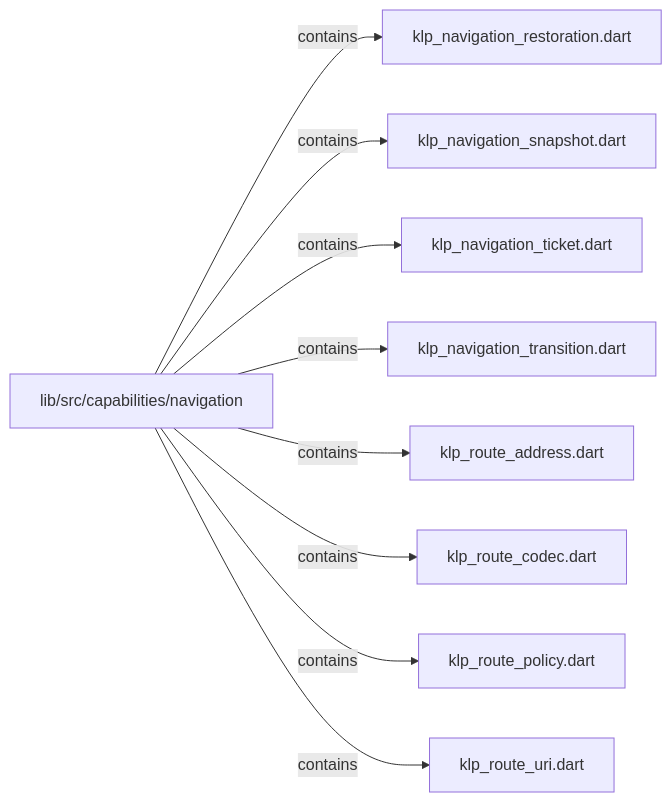
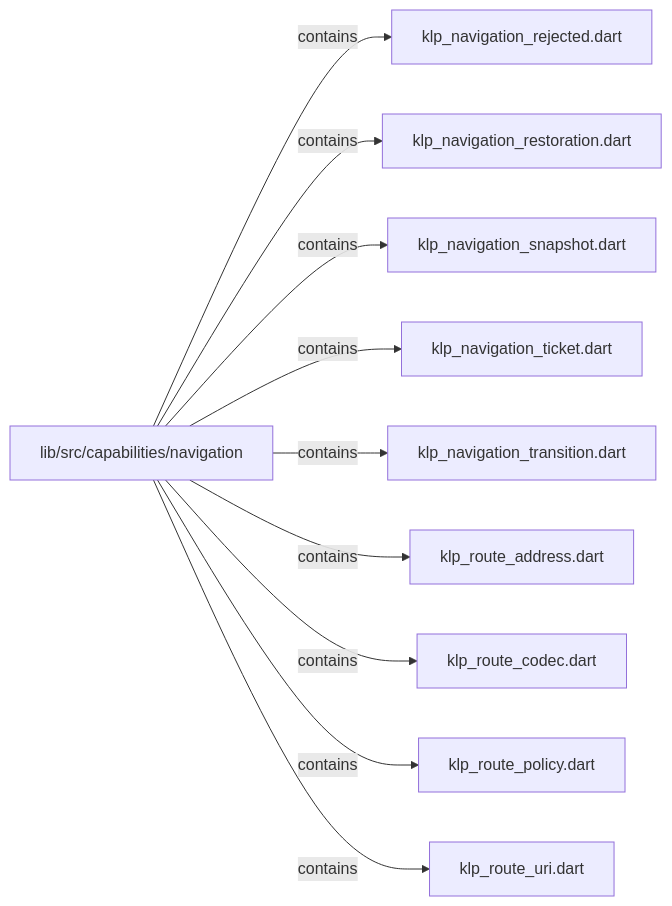
The third of 3 diagrams in docs/architecture/src/capabilities/navigation/README.md (MiuDog/Kallopis), drawn with Mermaid before and after one commit. The commit also changed other lines of this file and 9688 other files, not shown here.

Commit message:
Prepare isolated Flow F2 peer baseline

````diff
--- a/docs/architecture/src/capabilities/navigation/README.md
+++ b/docs/architecture/src/capabilities/navigation/README.md
@@ -87,20 +90,22 @@
 ```mermaid
 flowchart LR
 	n0["lib/src/capabilities/navigation"]
-	n1["klp_navigation_restoration.dart"]
-	n2["klp_navigation_snapshot.dart"]
-	n3["klp_navigation_ticket.dart"]
-	n4["klp_navigation_transition.dart"]
-	n5["klp_route_address.dart"]
-	n6["klp_route_codec.dart"]
-	n7["klp_route_policy.dart"]
-	n8["klp_route_uri.dart"]
+	n1["klp_navigation_rejected.dart"]
+	n2["klp_navigation_restoration.dart"]
+	n3["klp_navigation_snapshot.dart"]
+	n4["klp_navigation_ticket.dart"]
+	n5["klp_navigation_transition.dart"]
+	n6["klp_route_address.dart"]
+	n7["klp_route_codec.dart"]
+	n8["klp_route_policy.dart"]
+	n9["klp_route_uri.dart"]
 	n0 -->|"contains"| n1
 	n0 -->|"contains"| n2
 	n0 -->|"contains"| n3
 	n0 -->|"contains"| n4
 	n0 -->|"contains"| n5
 	n0 -->|"contains"| n6
 	n0 -->|"contains"| n7
 	n0 -->|"contains"| n8
+	n0 -->|"contains"| n9
 ```
````
